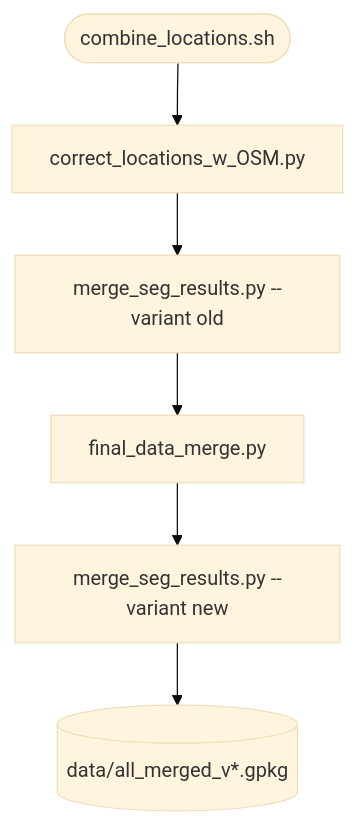
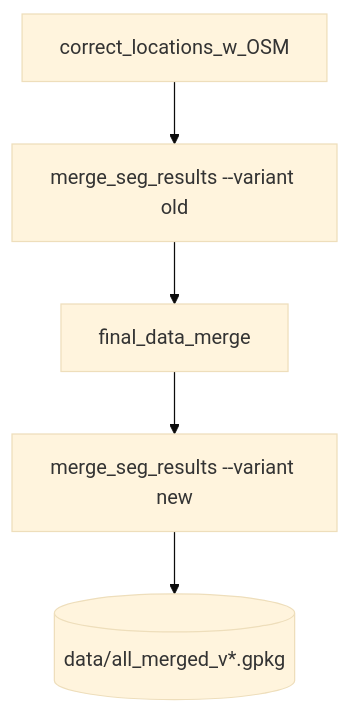
One commit to erennere/Global-WWTP-Service-Zones-and-Risk-Pipeline changed the diagram in wwtp/data_merge/README.md. Above: the diagram before and after it, drawn with Mermaid (base theme). The commit also changed other lines of this file and 64 other files, not shown here.

````diff
--- a/wwtp/data_merge/README.md
+++ b/wwtp/data_merge/README.md
@@ -46,8 +45,7 @@
 ```mermaid
 graph TD
-  A([combine_locations.sh]) --> B[correct_locations_w_OSM.py]
-  B --> C[merge_seg_results.py --variant old]
-  C --> D[final_data_merge.py]
-  D --> E[merge_seg_results.py --variant new]
+  B[correct_locations_w_OSM] --> C[merge_seg_results --variant old]
+  C --> D[final_data_merge]
+  D --> E[merge_seg_results --variant new]
   E --> F[(data/all_merged_v*.gpkg)]
 ```
````
